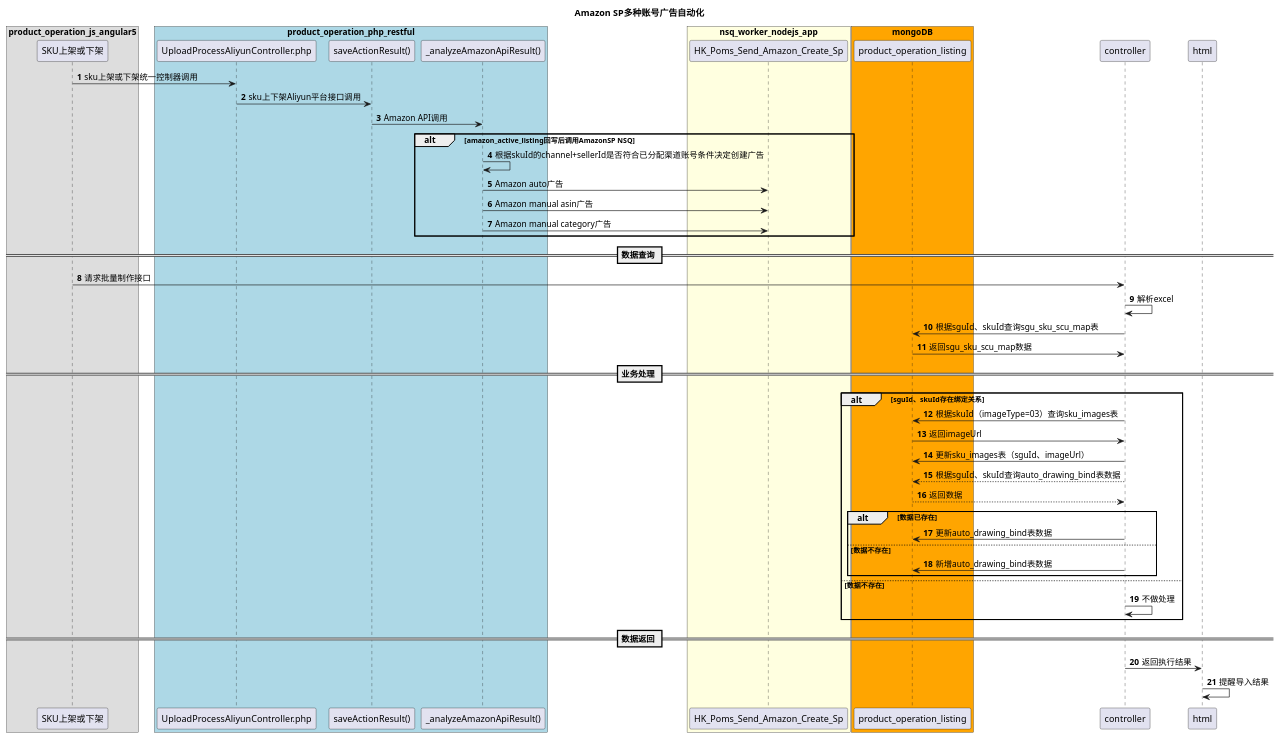
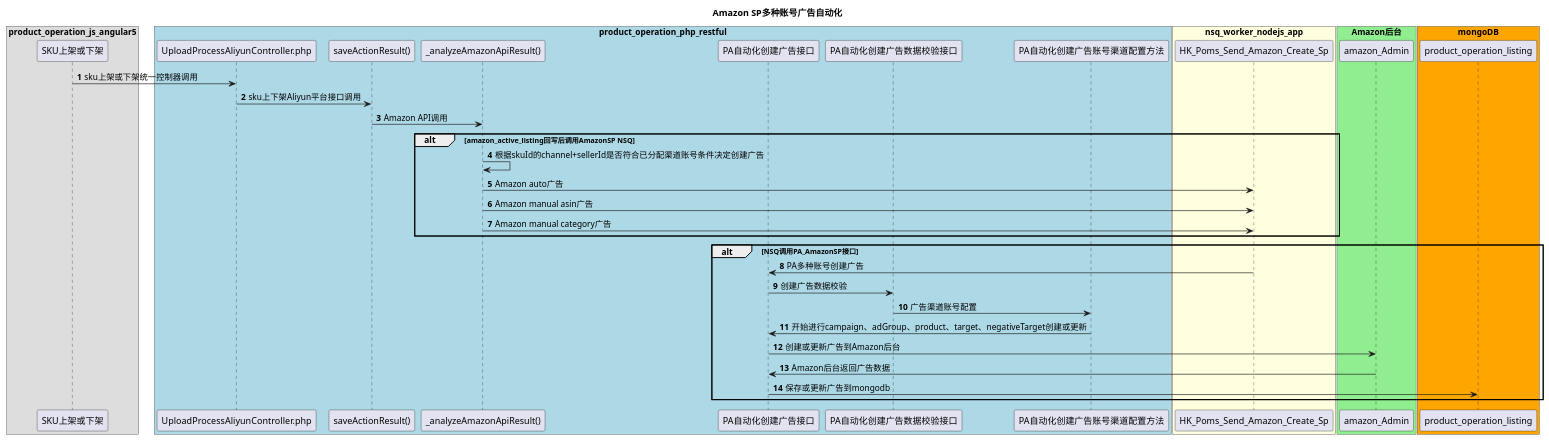
Before and after one commit to shallowdream1997/ShallowDream-LeetCode-PHP: the diagram in uml/Amazon SP多种账号广告自动化.puml, drawn with PlantUML. The commit also changed 7 other files, not shown here.

```diff
--- a/uml/Amazon SP多种账号广告自动化.puml
+++ b/uml/Amazon SP多种账号广告自动化.puml
@@ -1,64 +1,52 @@
 @startuml
 title Amazon SP多种账号广告自动化
 autonumber
 
 box "product_operation_js_angular5"
 participant "SKU上架或下架" as sku_upload_or_download
 end box
 
 box "product_operation_php_restful" #lightBlue
 participant "UploadProcessAliyunController.php" as upload_process_aliyun_controller
 participant "saveActionResult()" as saveActionResult
 participant "_analyzeAmazonApiResult()" as _analyzeAmazonApiResult
+participant "PA自动化创建广告接口" as paAutoAmazonSP
+participant "PA自动化创建广告数据校验接口" as paAutoAmazonSPValidate
+participant "PA自动化创建广告账号渠道配置方法" as paAutoAmazonSPConfig
 end box
 
 box "nsq_worker_nodejs_app" #lightYellow
 participant "HK_Poms_Send_Amazon_Create_Sp" as HK_Poms_Send_Amazon_Create_Sp
+end box
+
+box "Amazon后台" #lightGreen
+participant "amazon_Admin" as Amazon后台
 end box
 
 box "mongoDB" #orange
 participant "product_operation_listing" as db
 end box
 
 sku_upload_or_download -> upload_process_aliyun_controller : sku上架或下架统一控制器调用
 upload_process_aliyun_controller -> saveActionResult : sku上下架Aliyun平台接口调用
 saveActionResult -> _analyzeAmazonApiResult : Amazon API调用
 
 alt amazon_active_listing回写后调用AmazonSP NSQ
 _analyzeAmazonApiResult -> _analyzeAmazonApiResult : 根据skuId的channel+sellerId是否符合已分配渠道账号条件决定创建广告
 _analyzeAmazonApiResult -> HK_Poms_Send_Amazon_Create_Sp : Amazon auto广告
 _analyzeAmazonApiResult -> HK_Poms_Send_Amazon_Create_Sp : Amazon manual asin广告
 _analyzeAmazonApiResult -> HK_Poms_Send_Amazon_Create_Sp : Amazon manual category广告
 end
 
-== 数据查询 ==
-sku_upload_or_download -> controller: 请求批量制作接口
-controller -> controller: 解析excel
-controller -> db : 根据sguId、skuId查询sgu_sku_scu_map表
-db -> controller: 返回sgu_sku_scu_map数据
-
-== 业务处理 ==
-
-
-alt sguId、skuId存在绑定关系
-controller -> db: 根据skuId（imageType=03）查询sku_images表
-db -> controller: 返回imageUrl
-controller -> db: 更新sku_images表（sguId、imageUrl）
-controller --> db: 根据sguId、skuId查询auto_drawing_bind表数据
-db-->controller:返回数据
-alt 数据已存在
-controller -> db:更新auto_drawing_bind表数据
-else 数据不存在
-controller -> db:新增auto_drawing_bind表数据
+alt NSQ调用PA_AmazonSP接口
+HK_Poms_Send_Amazon_Create_Sp -> paAutoAmazonSP : PA多种账号创建广告
+paAutoAmazonSP -> paAutoAmazonSPValidate : 创建广告数据校验
+paAutoAmazonSPValidate -> paAutoAmazonSPConfig : 广告渠道账号配置
+paAutoAmazonSPConfig -> paAutoAmazonSP : 开始进行campaign、adGroup、product、target、negativeTarget创建或更新
+paAutoAmazonSP -> Amazon后台 : 创建或更新广告到Amazon后台
+Amazon后台 -> paAutoAmazonSP : Amazon后台返回广告数据
+paAutoAmazonSP -> db : 保存或更新广告到mongodb
 end
-else 数据不存在
-controller -> controller: 不做处理
-end
-
-== 数据返回 ==
-controller -> html: 返回执行结果
-html -> html: 提醒导入结果
-
 
 
 @enduml
```
